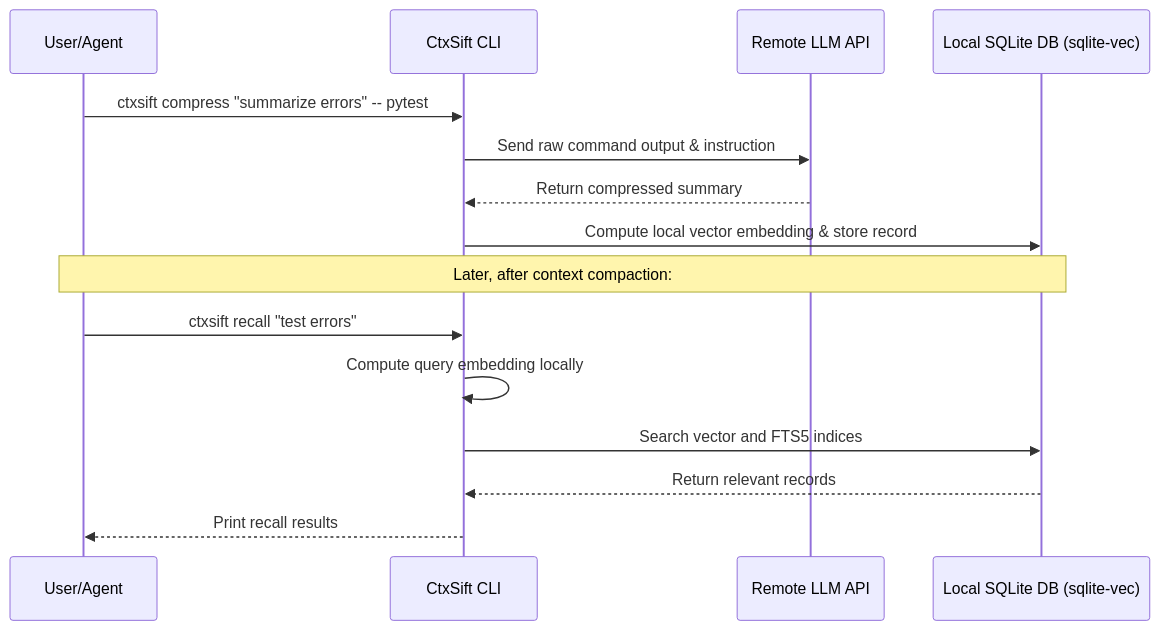
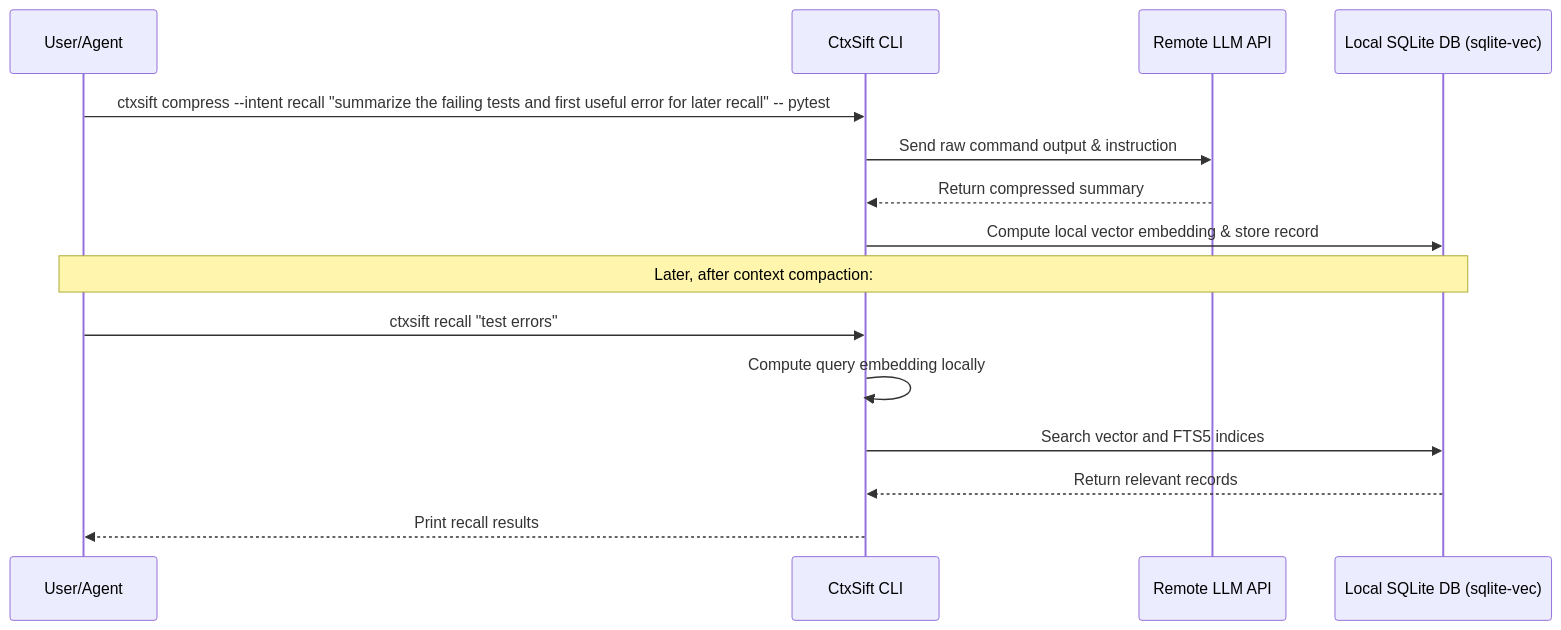
One commit to aakashH242/ctxsift changed the diagram in docs/src/content/docs/docs/guides/remote-models.mdx. Above: the diagram before and after it, drawn with Mermaid. The commit also changed other lines of this file and 193 other files, not shown here.

````diff
--- a/docs/src/content/docs/docs/guides/remote-models.mdx
+++ b/docs/src/content/docs/docs/guides/remote-models.mdx
@@ -99,21 +120,21 @@
 ```mermaid
 
 sequenceDiagram
     participant User/Agent
     participant CLI as CtxSift CLI
     participant Provider as Remote LLM API
     participant LocalDB as Local SQLite DB (sqlite-vec)
     
-    User/Agent->>CLI: ctxsift compress "summarize errors" -- pytest
+    User/Agent->>CLI: ctxsift compress --intent recall "summarize the failing tests and first useful error for later recall" -- pytest
     CLI->>Provider: Send raw command output & instruction
     Provider-->>CLI: Return compressed summary
     CLI->>LocalDB: Compute local vector embedding & store record
     
     Note over User/Agent, LocalDB: Later, after context compaction:
     
     User/Agent->>CLI: ctxsift recall "test errors"
     CLI->>CLI: Compute query embedding locally
     CLI->>LocalDB: Search vector and FTS5 indices
     LocalDB-->>CLI: Return relevant records
     CLI-->>User/Agent: Print recall results
 ```
````
